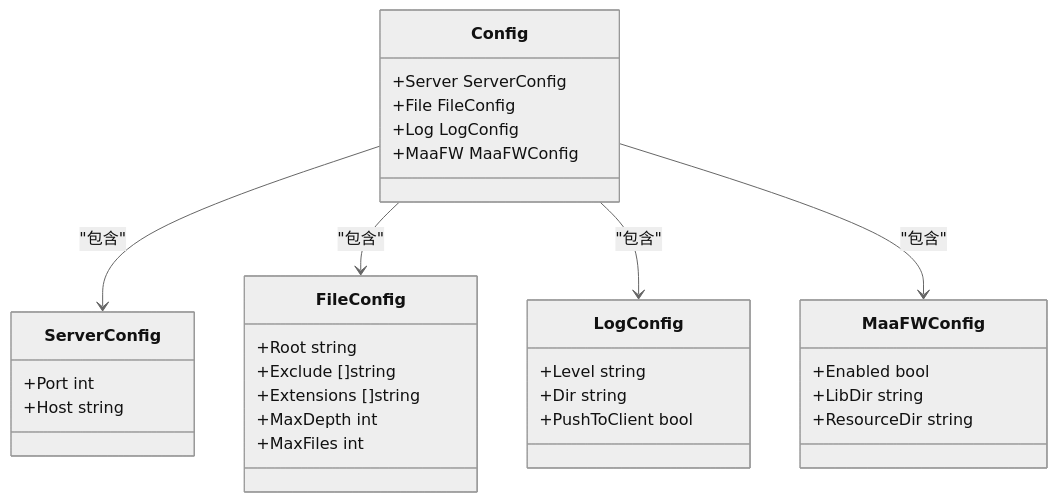
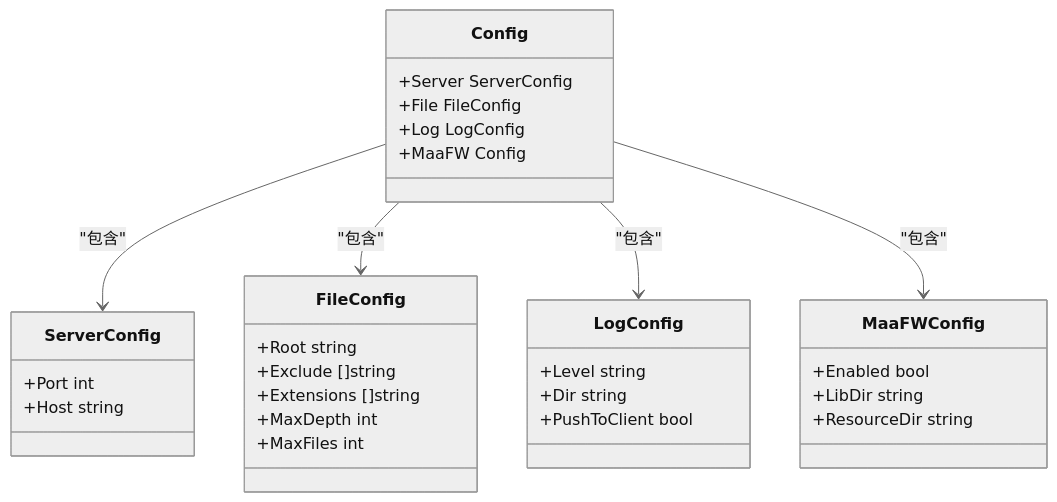
Before and after one commit to kqcoxn/MaaPipelineEditor: diagram 14 of 20 in .qoder/repowiki/zh/content/Config Store/Config Store.md, drawn with Mermaid (neutral theme). The commit also changed other lines of this file and 13 other files, not shown here.

````diff
--- a/.qoder/repowiki/zh/content/Config Store/Config Store.md
+++ b/.qoder/repowiki/zh/content/Config Store/Config Store.md
@@ -643,34 +658,34 @@
 ```mermaid
 classDiagram
 class Config {
 +Server ServerConfig
 +File FileConfig
 +Log LogConfig
-+MaaFW MaaFWConfig
++MaaFW Config
 }
 class ServerConfig {
 +Port int
 +Host string
 }
 class FileConfig {
 +Root string
 +Exclude []string
 +Extensions []string
 +MaxDepth int
 +MaxFiles int
 }
 class LogConfig {
 +Level string
 +Dir string
 +PushToClient bool
 }
 class MaaFWConfig {
 +Enabled bool
 +LibDir string
 +ResourceDir string
 }
 Config --> ServerConfig : "包含"
 Config --> FileConfig : "包含"
 Config --> LogConfig : "包含"
 Config --> MaaFWConfig : "包含"
 ```
````
